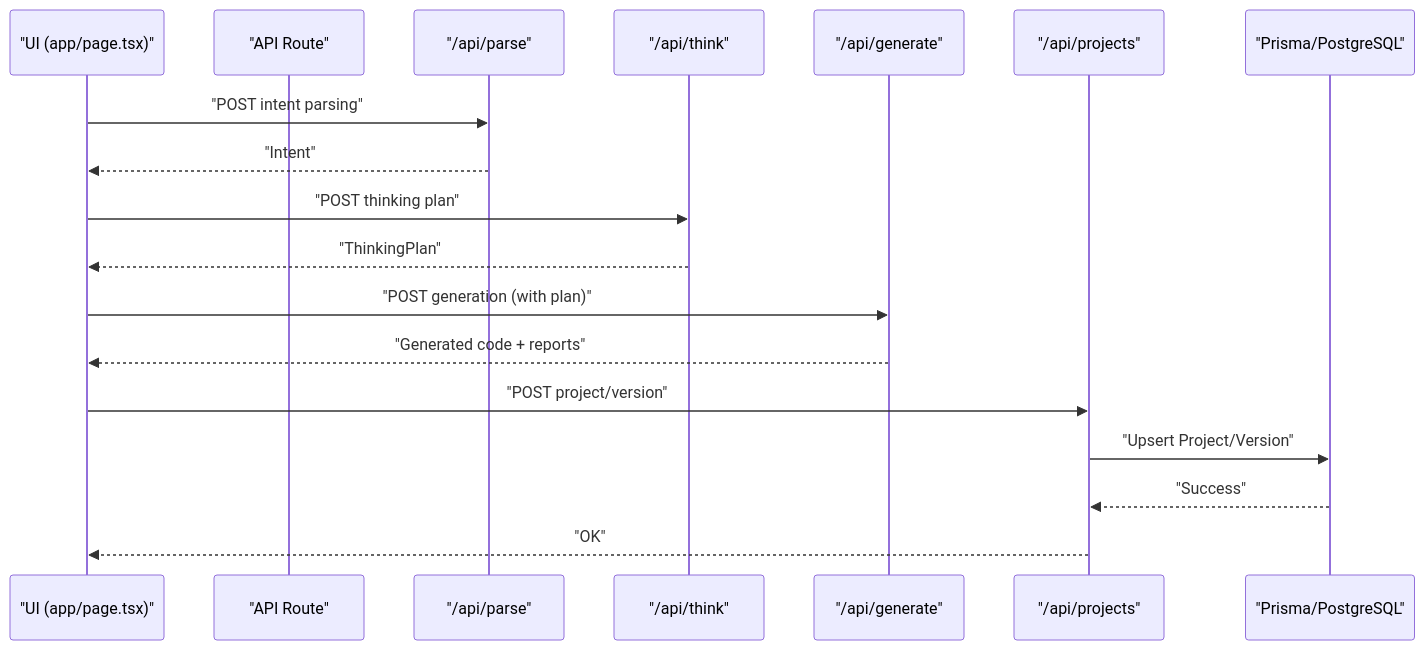
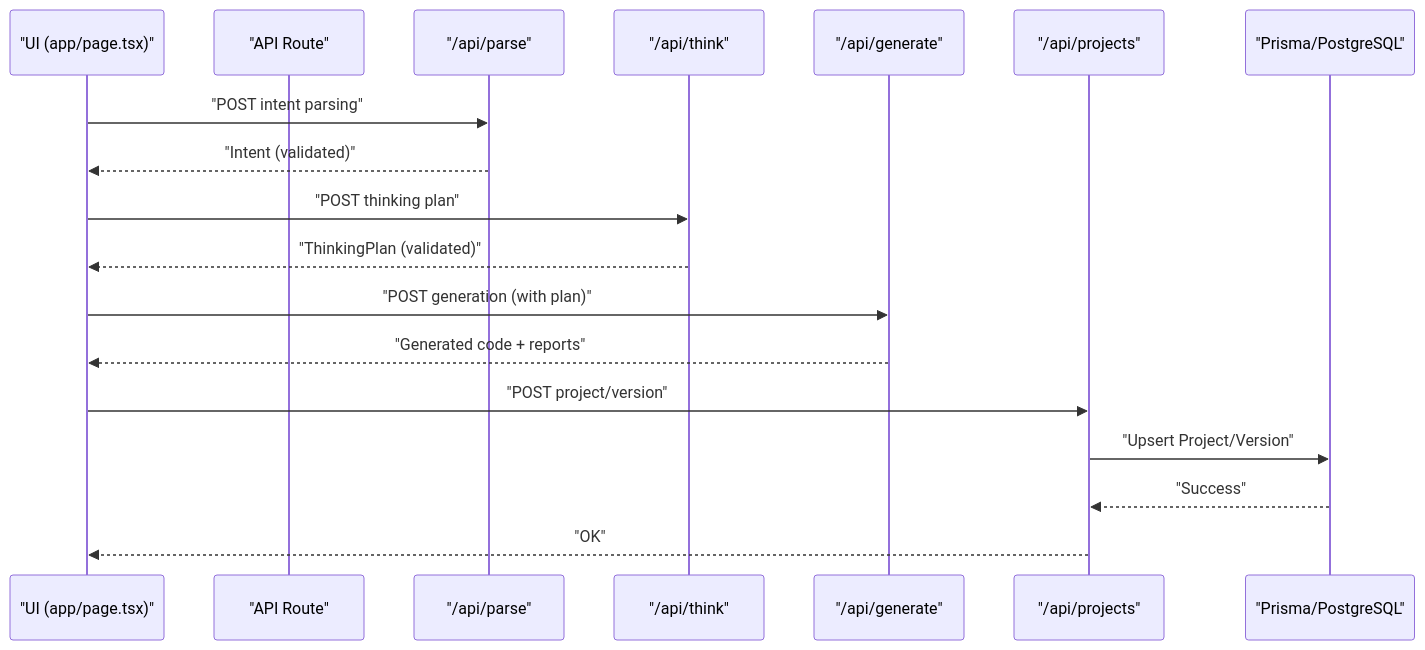
Before and after one commit to shekhargiri005-dotcom/AI-powered-accessibility-first-UI-engine: the sixth of 8 diagrams in .qoder/repowiki/en/content/Architecture & Design/Technology Stack.md, drawn with Mermaid. The commit also changed other lines of this file and 7 other files, not shown here.

````diff
--- a/.qoder/repowiki/en/content/Architecture & Design/Technology Stack.md
+++ b/.qoder/repowiki/en/content/Architecture & Design/Technology Stack.md
@@ -388,20 +435,20 @@
 ```mermaid
 sequenceDiagram
 participant UI as "UI (app/page.tsx)"
 participant API as "API Route"
 participant Parse as "/api/parse"
 participant Think as "/api/think"
 participant Gen as "/api/generate"
 participant Persist as "/api/projects"
 participant DB as "Prisma/PostgreSQL"
 UI->>Parse : "POST intent parsing"
-Parse-->>UI : "Intent"
+Parse-->>UI : "Intent (validated)"
 UI->>Think : "POST thinking plan"
-Think-->>UI : "ThinkingPlan"
+Think-->>UI : "ThinkingPlan (validated)"
 UI->>Gen : "POST generation (with plan)"
 Gen-->>UI : "Generated code + reports"
 UI->>Persist : "POST project/version"
 Persist->>DB : "Upsert Project/Version"
 DB-->>Persist : "Success"
 Persist-->>UI : "OK"
 ```
````
